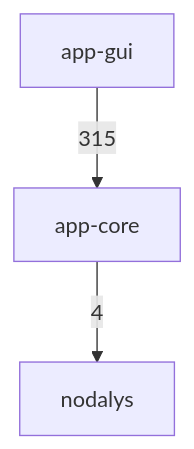
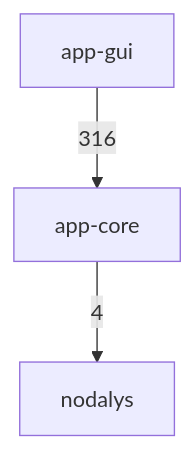
The first of 3 diagrams in docs/architecture.md (ronnymilleo/imcsim), drawn with Mermaid before and after one commit. The commit also changed other lines of this file, not shown here.

Commit message:
Update the include diagram for the editor window parts

````diff
--- a/docs/architecture.md
+++ b/docs/architecture.md
@@ -22,8 +22,8 @@
 ```mermaid
 flowchart TD
     app_gui[app-gui]
     app_core[app-core]
     nodalys[nodalys]
     app_core -->|4| nodalys
-    app_gui -->|315| app_core
+    app_gui -->|316| app_core
 ```
````
